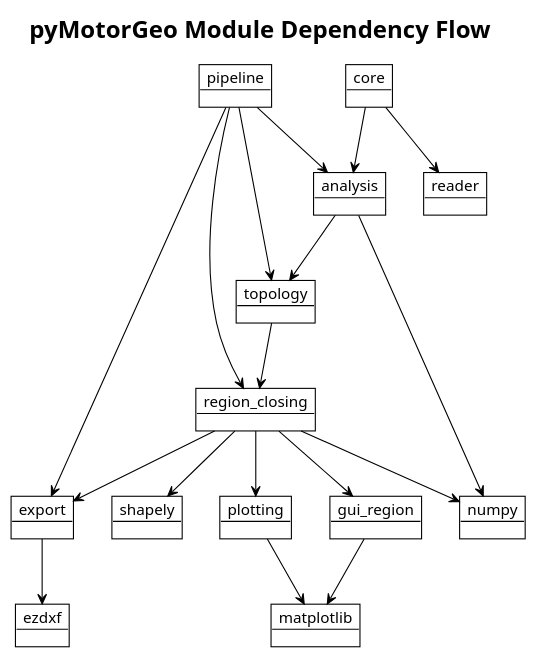
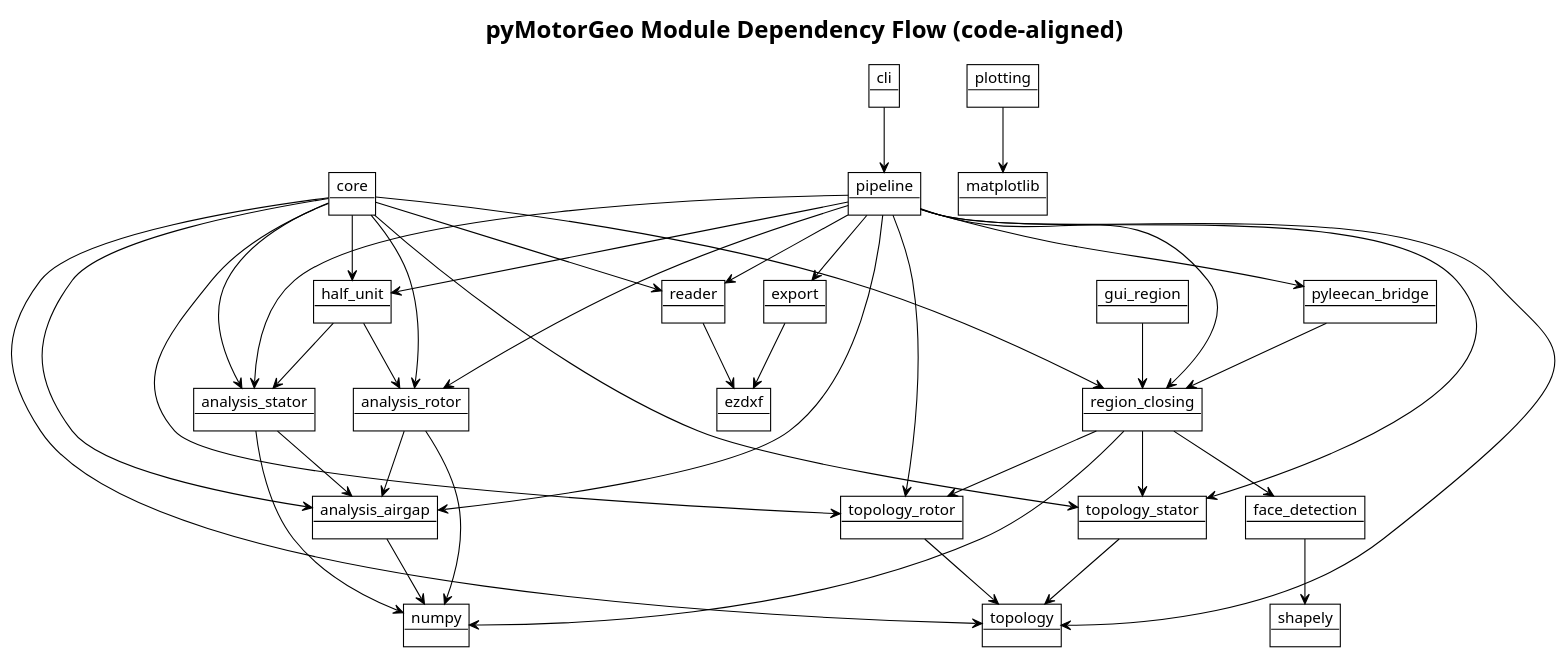
The diagram in Class/pyMotorGeo_Dependencies.puml (enjoyneer87/eMach), drawn with PlantUML before and after one commit. The commit also changed 45 other files, not shown here.

```diff
--- a/Class/pyMotorGeo_Dependencies.puml
+++ b/Class/pyMotorGeo_Dependencies.puml
@@ -1,39 +1,78 @@
 @startuml pyMotorGeo_Dependencies
 !theme plain
-title pyMotorGeo Module Dependency Flow
+title pyMotorGeo Module Dependency Flow (code-aligned)
 
 object numpy
 object matplotlib
 object shapely
 object ezdxf
 
 object core
 object reader
-object analysis
+object analysis_airgap
+object analysis_rotor
+object analysis_stator
 object topology
+object topology_rotor
+object topology_stator
+object half_unit
 object region_closing
+object face_detection
 object gui_region
 object plotting
 object export
+object pyleecan_bridge
 object pipeline
+object cli
 
 core --> reader
-core --> analysis
-analysis --> topology
-topology --> region_closing
-region_closing --> gui_region
-region_closing --> export
-region_closing --> plotting
-pipeline --> analysis
+core --> analysis_airgap
+core --> analysis_rotor
+core --> analysis_stator
+core --> topology
+core --> topology_rotor
+core --> topology_stator
+core --> half_unit
+core --> region_closing
+
+reader --> ezdxf
+
+analysis_rotor --> analysis_airgap
+analysis_stator --> analysis_airgap
+
+topology_rotor --> topology
+topology_stator --> topology
+
+half_unit --> analysis_rotor
+half_unit --> analysis_stator
+
+region_closing --> face_detection
+region_closing --> topology_rotor
+region_closing --> topology_stator
+
+gui_region --> region_closing
+plotting --> matplotlib
+export --> ezdxf
+pyleecan_bridge --> region_closing
+
+pipeline --> reader
+pipeline --> analysis_airgap
+pipeline --> analysis_rotor
+pipeline --> analysis_stator
 pipeline --> topology
+pipeline --> topology_rotor
+pipeline --> topology_stator
+pipeline --> half_unit
 pipeline --> region_closing
 pipeline --> export
+pipeline --> pyleecan_bridge
 
-analysis --> numpy
+analysis_airgap --> numpy
+analysis_rotor --> numpy
+analysis_stator --> numpy
+face_detection --> shapely
 region_closing --> numpy
-region_closing --> shapely
-export --> ezdxf
-gui_region --> matplotlib
-plotting --> matplotlib
+
+cli --> pipeline
 
 @enduml
```
